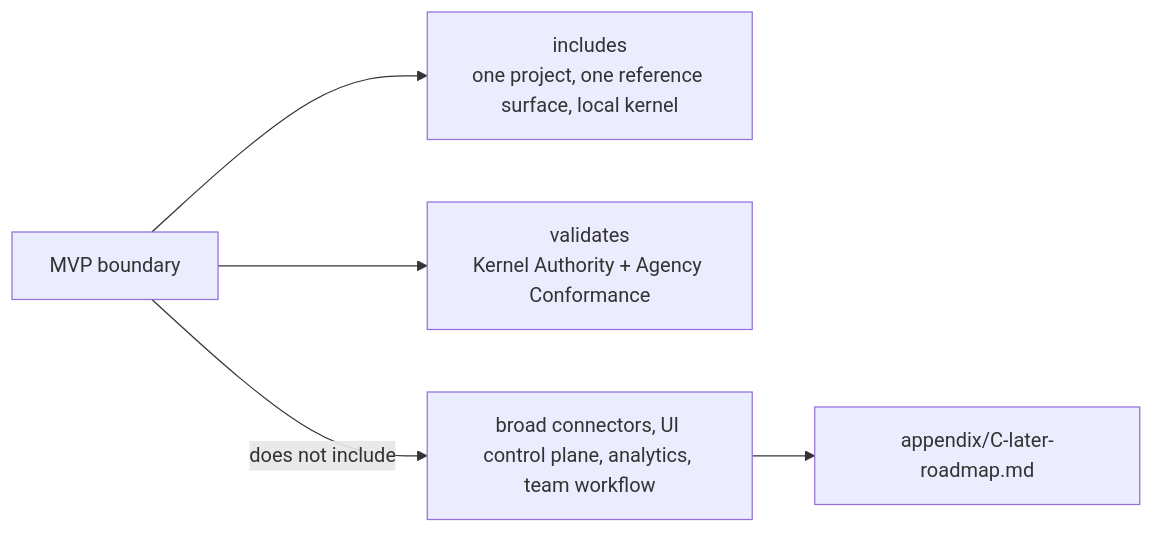
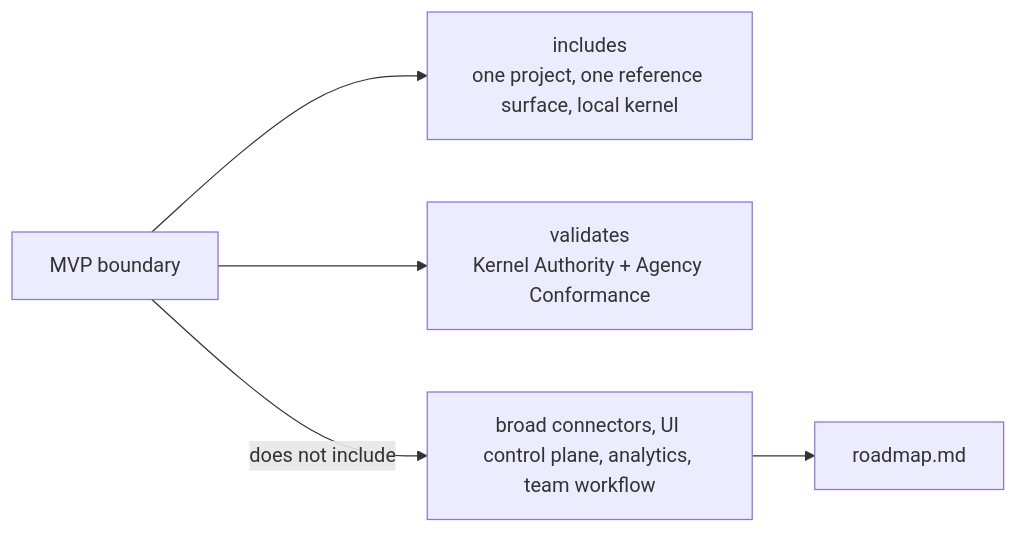
The seventh of 7 diagrams in docs/en/02-strategy.md (minjungw00/Harness_Project), drawn with Mermaid before and after one commit. The commit also changed other lines of this file and 20 other files, not shown here.

Commit message:
docs: promote roadmap and remove migration notes

````diff
--- a/docs/en/02-strategy.md
+++ b/docs/en/02-strategy.md
@@ -268,7 +268,7 @@
 ```mermaid
 flowchart LR
   MVP["MVP boundary"] --> Includes["includes<br/>one project, one reference surface, local kernel"]
   MVP --> Authority["validates<br/>Kernel Authority + Agency Conformance"]
   MVP -->|does not include| Excludes["broad connectors, UI control plane, analytics, team workflow"]
-  Excludes --> Later["appendix/C-later-roadmap.md"]
+  Excludes --> Later["roadmap.md"]
 ```
````
